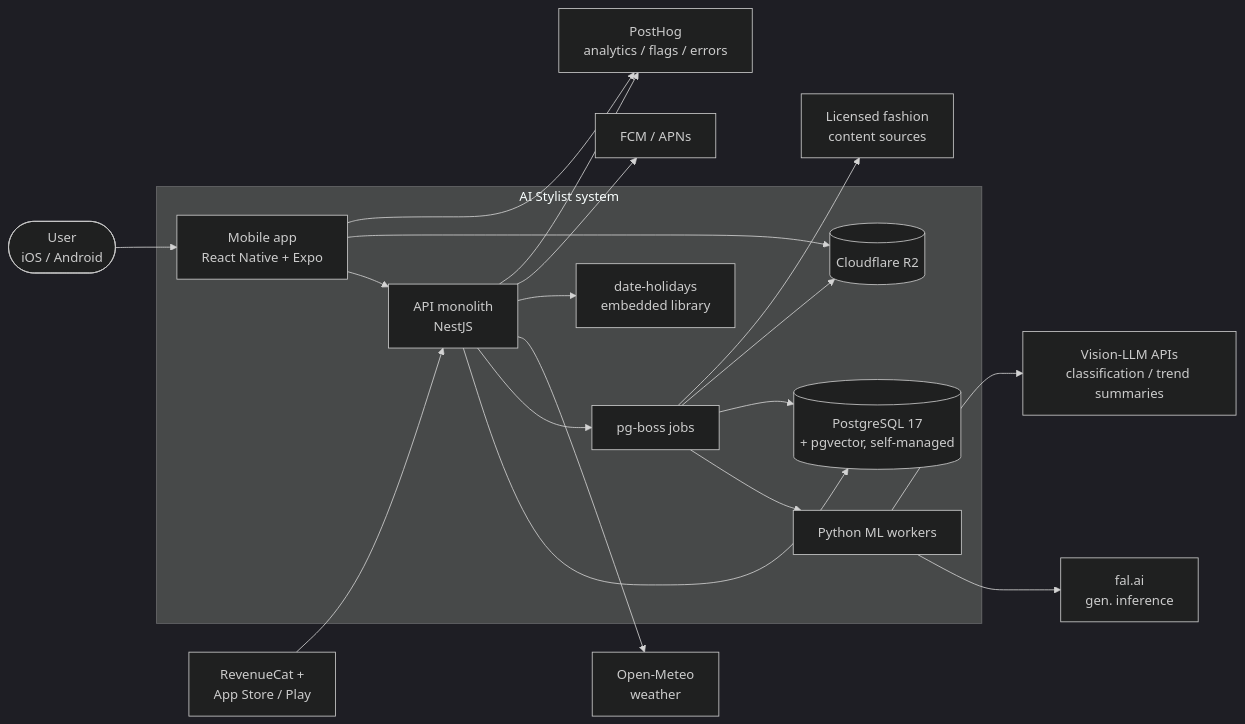
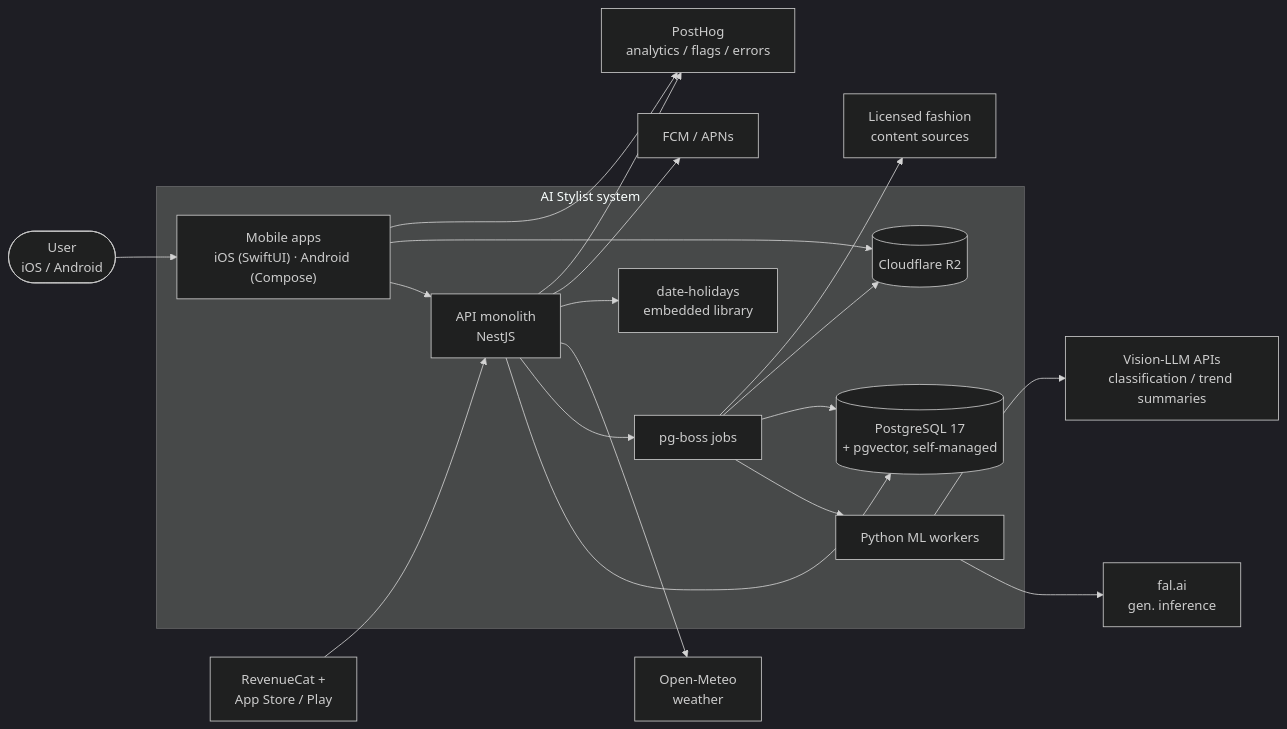
Before and after one commit to ArtMin96/ai-stylist: the first of 6 diagrams in planning/04-architecture.md, drawn with Mermaid (dark theme). The commit also changed other lines of this file and 11 other files, not shown here.

````diff
--- a/planning/04-architecture.md
+++ b/planning/04-architecture.md
@@ -15,40 +15,40 @@
 ```mermaid
 flowchart LR
     user(["User<br/>iOS / Android"])
 
     subgraph system["AI Stylist system"]
-        mobile["Mobile app<br/>React Native + Expo"]
+        mobile["Mobile apps<br/>iOS (SwiftUI) · Android (Compose)"]
         api["API monolith<br/>NestJS"]
         jobs["pg-boss jobs"]
         ml["Python ML workers"]
         pg[("PostgreSQL 17<br/>+ pgvector, self-managed")]
         r2[("Cloudflare R2")]
         holidays["date-holidays<br/>embedded library"]
     end
 
     weather["Open-Meteo<br/>weather"]
     rc["RevenueCat +<br/>App Store / Play"]
     fal["fal.ai<br/>gen. inference"]
     llm["Vision-LLM APIs<br/>classification / trend summaries"]
     push["FCM / APNs"]
     ph["PostHog<br/>analytics / flags / errors"]
     content["Licensed fashion<br/>content sources"]
 
     user --> mobile
     mobile --> api
     mobile --> r2
     api --> pg
     api --> jobs
     jobs --> ml
     jobs --> pg
     jobs --> r2
     ml --> fal
     ml --> llm
     api --> weather
     api --> holidays
     rc --> api
     api --> push
     mobile --> ph
     api --> ph
     jobs --> content
 ```
````
